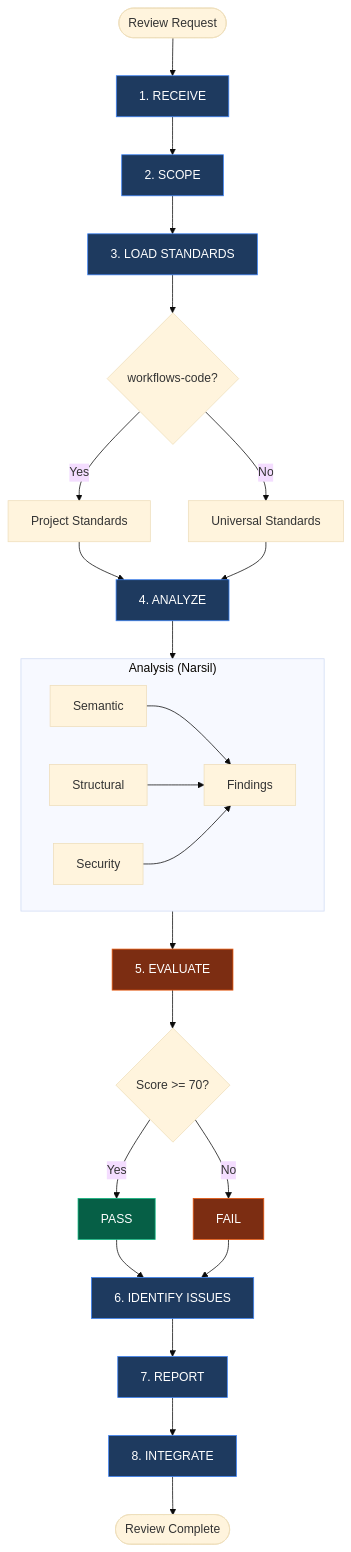
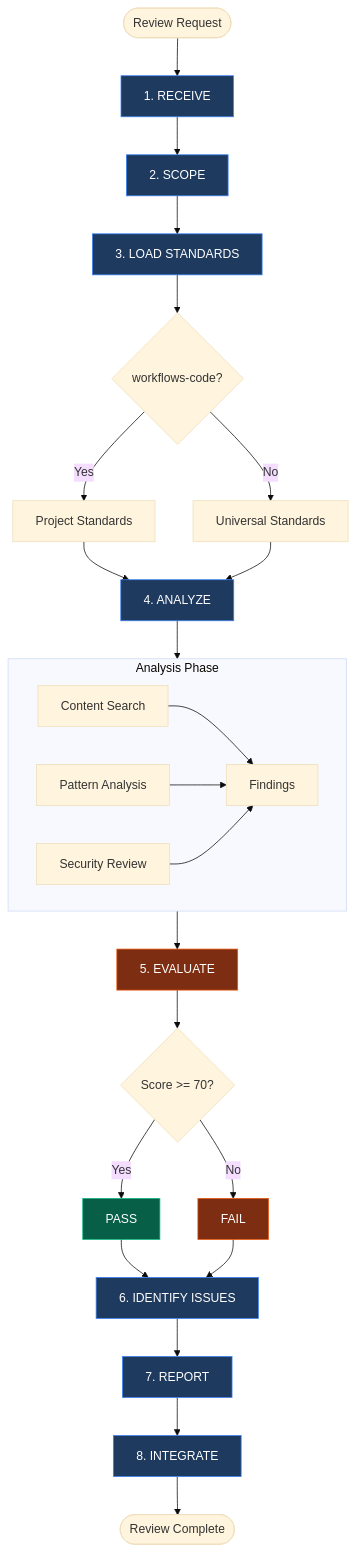
One commit to MichelKerkmeester/opencode-spec-kit-framework changed the diagram in .opencode/agent/review.md. Above: the diagram before and after it, drawn with Mermaid (base theme). The commit also changed other lines of this file and 76 other files, not shown here.

````diff
--- a/.opencode/agent/review.md
+++ b/.opencode/agent/review.md
@@ -80,32 +80,32 @@
 ```mermaid
 flowchart TD
     classDef core fill:#1e3a5f,stroke:#3b82f6,color:#fff
     classDef gate fill:#7c2d12,stroke:#ea580c,color:#fff
     classDef verify fill:#065f46,stroke:#10b981,color:#fff
 
     START([Review Request]) --> R1[1. RECEIVE]:::core
     R1 --> R2[2. SCOPE]:::core
     R2 --> R3[3. LOAD STANDARDS]:::core
     R3 --> CHECK{workflows-code?}
     CHECK -->|Yes| PROJ[Project Standards]
     CHECK -->|No| UNIV[Universal Standards]
     PROJ --> R4[4. ANALYZE]:::core
     UNIV --> R4
 
-    subgraph ANALYZE["Analysis (Narsil)"]
-        A1[Semantic] --> A4[Findings]
-        A2[Structural] --> A4
-        A3[Security] --> A4
+    subgraph ANALYZE["Analysis Phase"]
+        A1[Content Search] --> A4[Findings]
+        A2[Pattern Analysis] --> A4
+        A3[Security Review] --> A4
     end
 
     R4 --> ANALYZE
     ANALYZE --> R5[5. EVALUATE]:::gate
     R5 --> SCORE{Score >= 70?}
     SCORE -->|Yes| PASS[PASS]:::verify
     SCORE -->|No| FAIL[FAIL]:::gate
     PASS --> R6[6. IDENTIFY ISSUES]:::core
     FAIL --> R6
     R6 --> R7[7. REPORT]:::core
     R7 --> R8[8. INTEGRATE]:::core
     R8 --> DONE([Review Complete])
 ```
````
